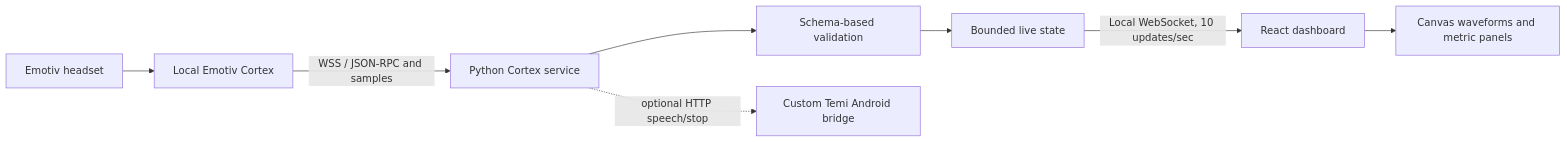
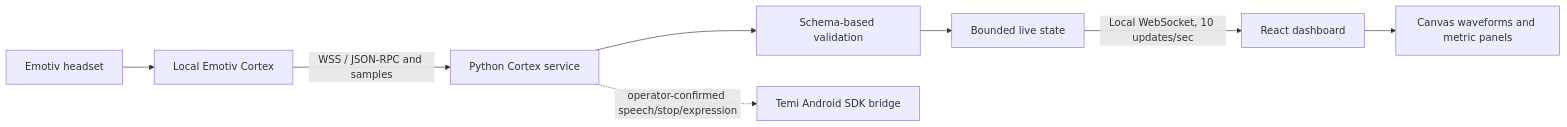
Before and after one commit to augustusvennam/BrainWaves-Project: the diagram in README.md, drawn with Mermaid. The commit also changed other lines of this file and 44 other files, not shown here.

Commit message:
Add participant workflow and Android bridge

````diff
--- a/README.md
+++ b/README.md
@@ -27,10 +37,10 @@
 ```mermaid
 flowchart LR
     H[Emotiv headset] --> C[Local Emotiv Cortex]
     C -->|WSS / JSON-RPC and samples| B[Python Cortex service]
     B --> P[Schema-based validation]
     P --> S[Bounded live state]
     S -->|Local WebSocket, 10 updates/sec| F[React dashboard]
     F --> W[Canvas waveforms and metric panels]
-    B -. optional HTTP speech/stop .-> T[Custom Temi Android bridge]
+    B -. operator-confirmed speech/stop/expression .-> T[Temi Android SDK bridge]
 ```
````
